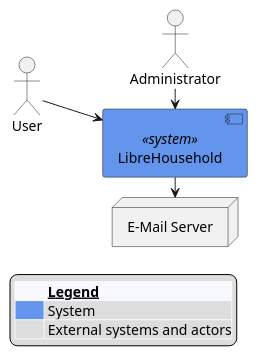
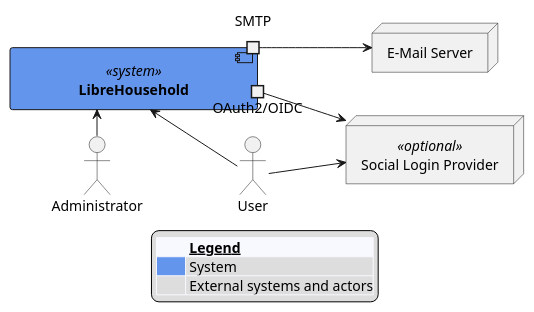
The diagram in docs/architecture/images/system_context.puml (Nicklas2751/LibreHousehold), drawn with PlantUML before and after one commit. The commit also changed 8 other files, not shown here.

```diff
--- a/docs/architecture/images/system_context.puml
+++ b/docs/architecture/images/system_context.puml
@@ -1,29 +1,34 @@
 @startuml
 left to right direction
 skinparam componentFontColor automatic
 skinparam component {
   backgroundColor<<system>> CornflowerBlue
 }
 skinparam nodesep 20
 
 component "LibreHousehold" <<system>> as librehousehold {
+        portOut "SMTP" as smtp
+        portOut "OAuth2/OIDC" as oauth
 }
 
 actor "User" as user
 actor "Administrator" as admin
 
 node "E-Mail Server" as mail
+node "Social Login Provider" <<optional>> as ext_auth
 
-user -> librehousehold
-admin -> librehousehold
-librehousehold -> mail
+user -l-> librehousehold
+user --> ext_auth
+admin -r-> librehousehold
+smtp --> mail
+oauth --> ext_auth
 
-user -[hidden]-> admin
+admin -[hidden]-> user
 
 legend bottom
   <#GhostWhite,#GhostWhite>|        |= __Legend__ |
   |<#CornflowerBlue>  | System|
   | | External systems and actors|
 end legend
 
 @enduml
```
